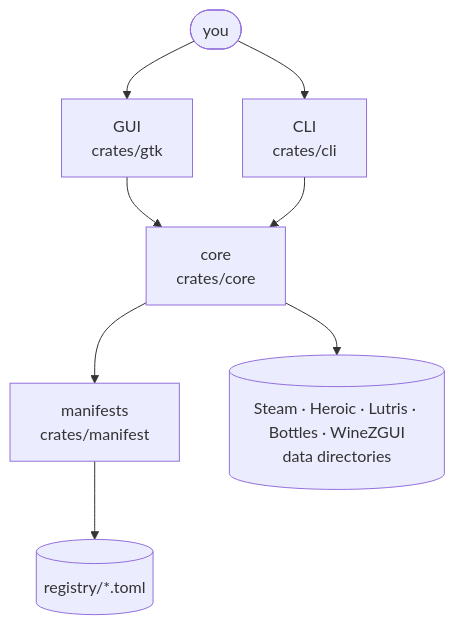
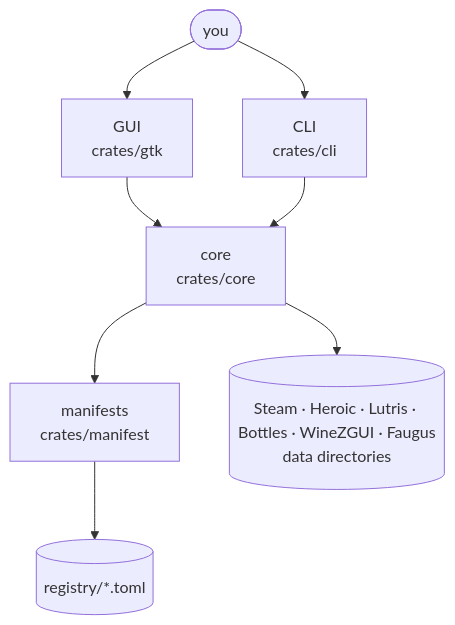
Before and after one commit to antoniosarro/protonhub: the diagram in docs/architecture.md, drawn with Mermaid. The commit also changed other lines of this file and 19 other files, not shown here.

````diff
--- a/docs/architecture.md
+++ b/docs/architecture.md
@@ -6,10 +6,10 @@
 ```mermaid
 graph TD
     user([you]) --> gui["GUI<br/>crates/gtk"]
     user --> cli["CLI<br/>crates/cli"]
     gui --> core["core<br/>crates/core"]
     cli --> core
     core --> manifest["manifests<br/>crates/manifest"]
     manifest --> registry[("registry/*.toml")]
-    core --> launchers[("Steam · Heroic · Lutris · Bottles · WineZGUI<br/>data directories")]
+    core --> launchers[("Steam · Heroic · Lutris · Bottles · WineZGUI · Faugus<br/>data directories")]
 ```
````
